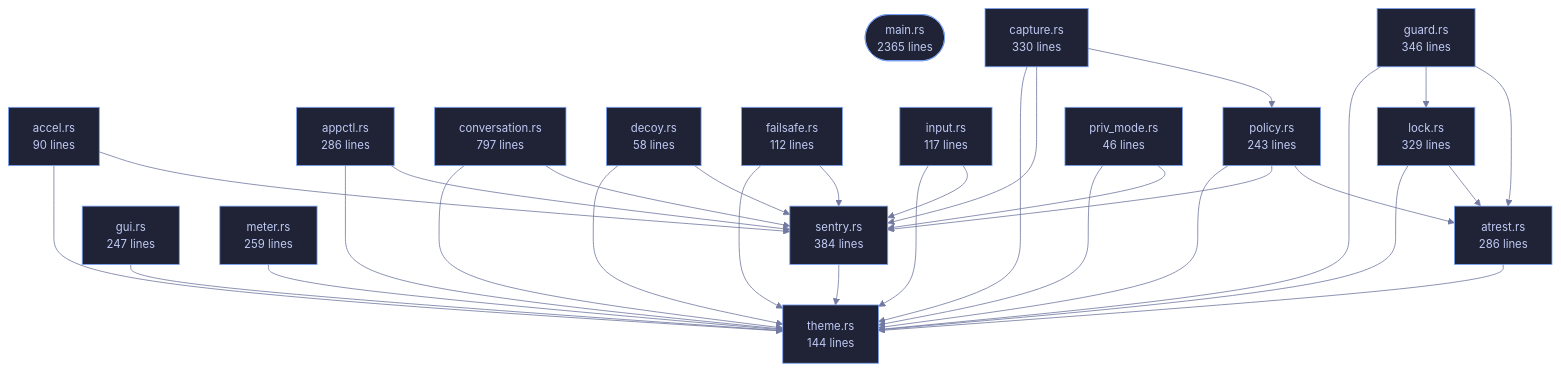
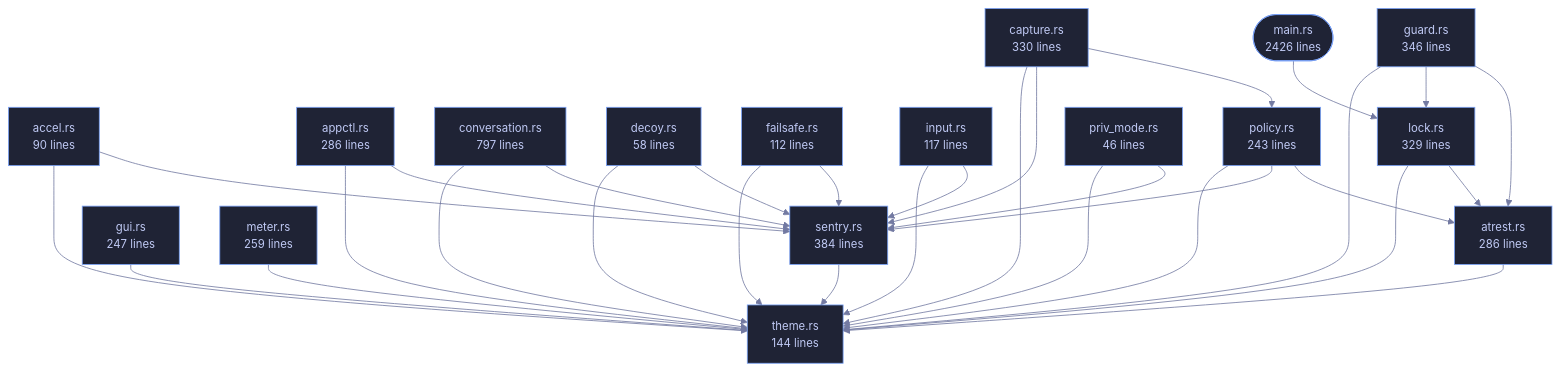
Before and after one commit to tilas01/veilvoice: the diagram in crates/veilvoice-cli/README.md, drawn with Mermaid. The commit also changed other lines of this file and 12 other files, not shown here.

````diff
--- a/crates/veilvoice-cli/README.md
+++ b/crates/veilvoice-cli/README.md
@@ -110,67 +110,68 @@
 ```mermaid
 %%{init: {"theme":"base","themeVariables":{"background":"#1a1b26","primaryColor":"#1f2335","primaryTextColor":"#c0caf5","primaryBorderColor":"#7aa2f7","secondaryColor":"#16161e","tertiaryColor":"#16161e","lineColor":"#737aa2","textColor":"#c0caf5","mainBkg":"#1f2335","nodeBorder":"#7aa2f7","clusterBkg":"#16161e","clusterBorder":"#2f3549","fontFamily":"ui-monospace, SFMono-Regular, Consolas, monospace","fontSize":"14px"}}}%%
 flowchart TD
-    n_main(["main.rs<br/>2365 lines"])
+    n_main(["main.rs<br/>2426 lines"])
     n_accel["accel.rs<br/>90 lines"]
     n_appctl["appctl.rs<br/>286 lines"]
     n_atrest["atrest.rs<br/>286 lines"]
     n_capture["capture.rs<br/>330 lines"]
     n_conversation["conversation.rs<br/>797 lines"]
     n_decoy["decoy.rs<br/>58 lines"]
     n_failsafe["failsafe.rs<br/>112 lines"]
     n_guard["guard.rs<br/>346 lines"]
     n_gui["gui.rs<br/>247 lines"]
     n_input["input.rs<br/>117 lines"]
     n_lock["lock.rs<br/>329 lines"]
     n_meter["meter.rs<br/>259 lines"]
     n_policy["policy.rs<br/>243 lines"]
     n_priv_mode["priv_mode.rs<br/>46 lines"]
     n_sentry["sentry.rs<br/>384 lines"]
     n_theme["theme.rs<br/>144 lines"]
     n_accel --> n_sentry
     n_accel --> n_theme
     n_appctl --> n_sentry
     n_appctl --> n_theme
     n_atrest --> n_theme
     n_capture --> n_policy
     n_capture --> n_sentry
     n_capture --> n_theme
     n_conversation --> n_sentry
     n_conversation --> n_theme
     n_decoy --> n_sentry
     n_decoy --> n_theme
     n_failsafe --> n_sentry
     n_failsafe --> n_theme
     n_guard --> n_atrest
     n_guard --> n_lock
     n_guard --> n_theme
     n_gui --> n_theme
     n_input --> n_sentry
     n_input --> n_theme
     n_lock --> n_atrest
     n_lock --> n_theme
+    n_main --> n_lock
     n_meter --> n_theme
     n_policy --> n_atrest
     n_policy --> n_sentry
     n_policy --> n_theme
     n_priv_mode --> n_sentry
     n_priv_mode --> n_theme
     n_sentry --> n_theme
     click n_main href "https://github.com/tilas01/veilvoice/blob/main/crates/veilvoice-cli/src/main.rs" "open the source"
     click n_accel href "https://github.com/tilas01/veilvoice/blob/main/crates/veilvoice-cli/src/accel.rs" "open the source"
     click n_appctl href "https://github.com/tilas01/veilvoice/blob/main/crates/veilvoice-cli/src/appctl.rs" "open the source"
     click n_atrest href "https://github.com/tilas01/veilvoice/blob/main/crates/veilvoice-cli/src/atrest.rs" "open the source"
     click n_capture href "https://github.com/tilas01/veilvoice/blob/main/crates/veilvoice-cli/src/capture.rs" "open the source"
     click n_conversation href "https://github.com/tilas01/veilvoice/blob/main/crates/veilvoice-cli/src/conversation.rs" "open the source"
     click n_decoy href "https://github.com/tilas01/veilvoice/blob/main/crates/veilvoice-cli/src/decoy.rs" "open the source"
     click n_failsafe href "https://github.com/tilas01/veilvoice/blob/main/crates/veilvoice-cli/src/failsafe.rs" "open the source"
     click n_guard href "https://github.com/tilas01/veilvoice/blob/main/crates/veilvoice-cli/src/guard.rs" "open the source"
     click n_gui href "https://github.com/tilas01/veilvoice/blob/main/crates/veilvoice-cli/src/gui.rs" "open the source"
     click n_input href "https://github.com/tilas01/veilvoice/blob/main/crates/veilvoice-cli/src/input.rs" "open the source"
     click n_lock href "https://github.com/tilas01/veilvoice/blob/main/crates/veilvoice-cli/src/lock.rs" "open the source"
     click n_meter href "https://github.com/tilas01/veilvoice/blob/main/crates/veilvoice-cli/src/meter.rs" "open the source"
     click n_policy href "https://github.com/tilas01/veilvoice/blob/main/crates/veilvoice-cli/src/policy.rs" "open the source"
     click n_priv_mode href "https://github.com/tilas01/veilvoice/blob/main/crates/veilvoice-cli/src/priv_mode.rs" "open the source"
     click n_sentry href "https://github.com/tilas01/veilvoice/blob/main/crates/veilvoice-cli/src/sentry.rs" "open the source"
     click n_theme href "https://github.com/tilas01/veilvoice/blob/main/crates/veilvoice-cli/src/theme.rs" "open the source"
 ```
````
